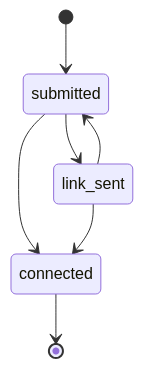
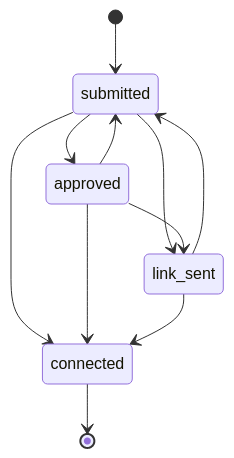
Diagram 17 of 18 in docs/STATE_MACHINES.md (CultLeaderZiad/cyreax-dm), drawn with Mermaid before and after one commit. The commit also changed 15 other files, not shown here.

````diff
--- a/docs/STATE_MACHINES.md
+++ b/docs/STATE_MACHINES.md
@@ -313,9 +313,13 @@
 ```mermaid
 stateDiagram-v2
   [*] --> submitted
+  submitted --> approved
   submitted --> link_sent
   submitted --> connected
+  approved --> submitted
+  approved --> link_sent
+  approved --> connected
   link_sent --> submitted
   link_sent --> connected
   connected --> [*]
 ```
````
